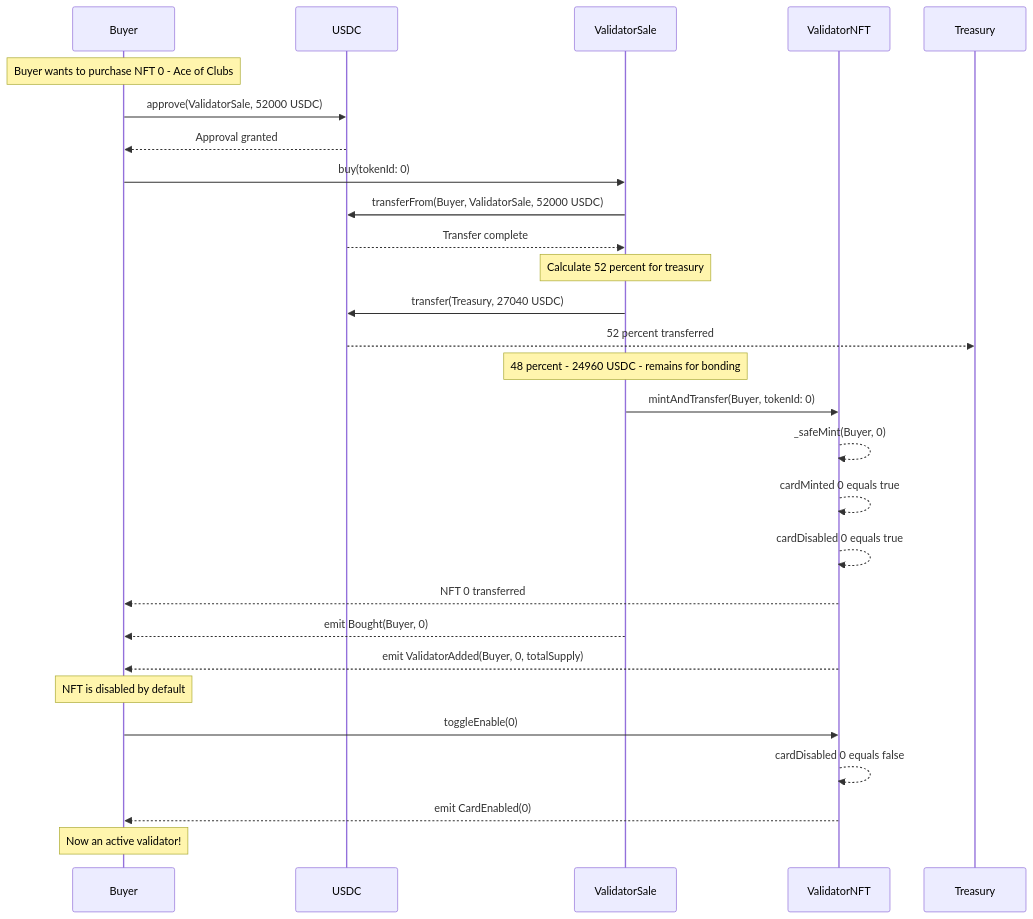
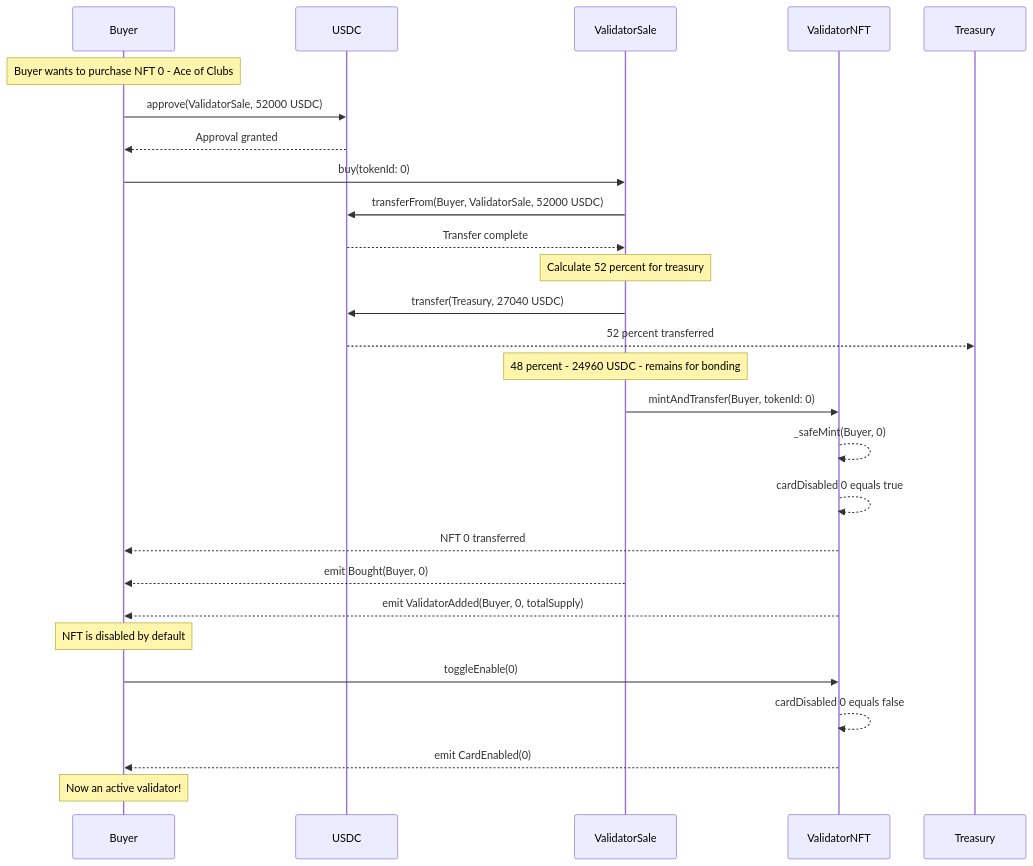
Before and after one commit to block52/poker-vm: the second of 5 diagrams in contracts/contracts/docs/ValidatorNFT-Sale-Flow.md, drawn with Mermaid. The commit also changed 3 other files, not shown here.

First line of the commit message:
refactor: remove cardMinted mapping and update minting checks in ValidatorNFT contract

````diff
--- a/contracts/contracts/docs/ValidatorNFT-Sale-Flow.md
+++ b/contracts/contracts/docs/ValidatorNFT-Sale-Flow.md
@@ -19,39 +19,38 @@
 ```mermaid
 sequenceDiagram
     participant Buyer
     participant USDC
     participant ValidatorSale
     participant ValidatorNFT
     participant Treasury
     
     Note over Buyer: Buyer wants to purchase NFT 0 - Ace of Clubs
     
     Buyer->>USDC: approve(ValidatorSale, 52000 USDC)
     USDC-->>Buyer: Approval granted
     
     Buyer->>ValidatorSale: buy(tokenId: 0)
     
     ValidatorSale->>USDC: transferFrom(Buyer, ValidatorSale, 52000 USDC)
     USDC-->>ValidatorSale: Transfer complete
     
     Note over ValidatorSale: Calculate 52 percent for treasury
     ValidatorSale->>USDC: transfer(Treasury, 27040 USDC)
     USDC-->>Treasury: 52 percent transferred
     
     Note over ValidatorSale: 48 percent - 24960 USDC - remains for bonding
     
     ValidatorSale->>ValidatorNFT: mintAndTransfer(Buyer, tokenId: 0)
     ValidatorNFT-->>ValidatorNFT: _safeMint(Buyer, 0)
-    ValidatorNFT-->>ValidatorNFT: cardMinted 0 equals true
     ValidatorNFT-->>ValidatorNFT: cardDisabled 0 equals true
     ValidatorNFT-->>Buyer: NFT 0 transferred
     
     ValidatorSale-->>Buyer: emit Bought(Buyer, 0)
     ValidatorNFT-->>Buyer: emit ValidatorAdded(Buyer, 0, totalSupply)
     
     Note over Buyer: NFT is disabled by default
     Buyer->>ValidatorNFT: toggleEnable(0)
     ValidatorNFT-->>ValidatorNFT: cardDisabled 0 equals false
     ValidatorNFT-->>Buyer: emit CardEnabled(0)
     Note over Buyer: Now an active validator!
 ```
````
